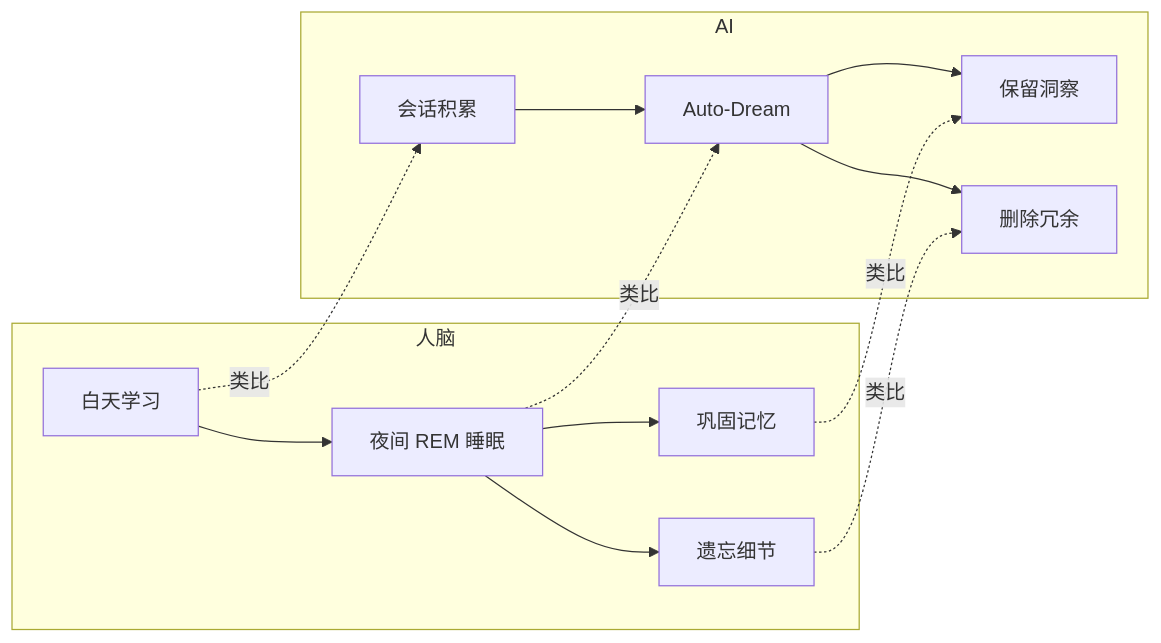
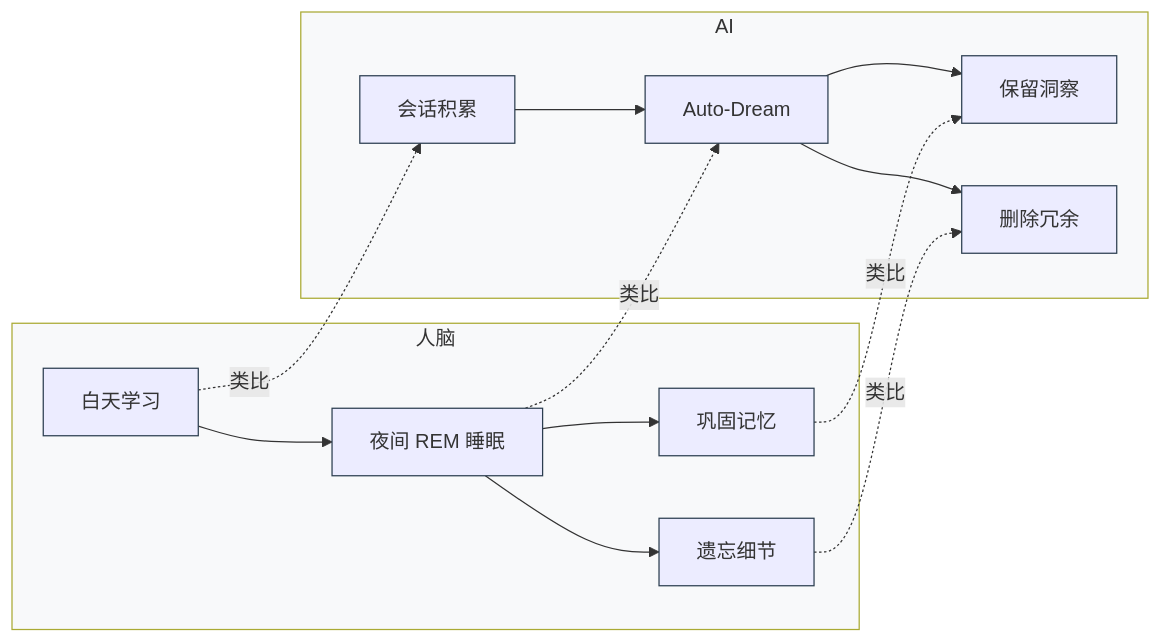
One commit to yufengyuanx/blog changed the first of 11 diagrams in docs/research/claude-code-auto-dream.md. Above: the diagram before and after it, drawn with Mermaid. The commit also changed other lines of this file, not shown here.

Commit message:
fix: 修复所有 Mermaid 图表字体大小和语法问题

````diff
--- a/docs/research/claude-code-auto-dream.md
+++ b/docs/research/claude-code-auto-dream.md
@@ -19,19 +19,20 @@
 ```mermaid
+%%{init: {'theme': 'default', 'themeVariables': { 'fontSize': '16px', 'nodeBorder': '#2c3e50', 'clusterBkg': '#f8f9fa' }}}%%
 graph LR
     subgraph 人脑
         A1[白天学习] --> A2[夜间 REM 睡眠]
         A2 --> A3[巩固记忆]
         A2 --> A4[遗忘细节]
     end
     
     subgraph AI
         B1[会话积累] --> B2[Auto-Dream]
         B2 --> B3[保留洞察]
         B2 --> B4[删除冗余]
     end
     
-    A1 -.类比.-> B1
-    A2 -.类比.-> B2
-    A3 -.类比.-> B3
-    A4 -.类比.-> B4
+    A1 -.->|类比 | B1
+    A2 -.->|类比 | B2
+    A3 -.->|类比 | B3
+    A4 -.->|类比 | B4
 ```
````
